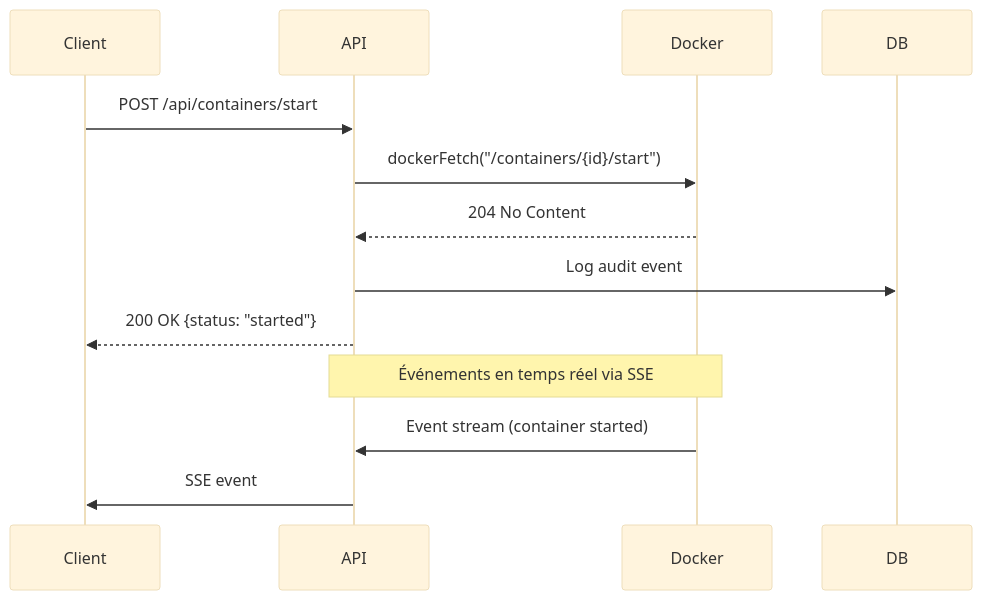
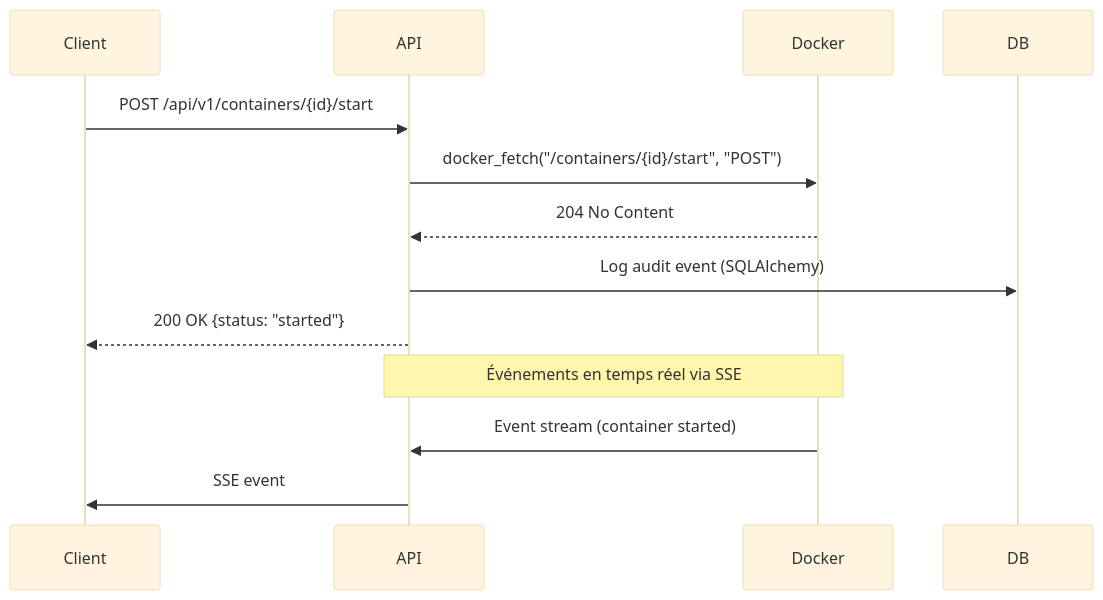
The first of 4 diagrams in docs_windflow_simple/01-ARCHITECTURE.md (stefapi/windflow), drawn with Mermaid (base theme) before and after one commit. The commit also changed other lines of this file and 3 other files, not shown here.

````diff
--- a/docs_windflow_simple/01-ARCHITECTURE.md
+++ b/docs_windflow_simple/01-ARCHITECTURE.md
@@ -65,17 +65,17 @@
 ```mermaid
 sequenceDiagram
     participant Client
     participant API
     participant Docker
     participant DB
 
-    Client->>API: POST /api/containers/start
-    API->>Docker: dockerFetch("/containers/{id}/start")
+    Client->>API: POST /api/v1/containers/{id}/start
+    API->>Docker: docker_fetch("/containers/{id}/start", "POST")
     Docker-->>API: 204 No Content
-    API->>DB: Log audit event
+    API->>DB: Log audit event (SQLAlchemy)
     API-->>Client: 200 OK {status: "started"}
     
     Note over API,Docker: Événements en temps réel via SSE
     Docker->>API: Event stream (container started)
     API->>Client: SSE event
 ```
````
